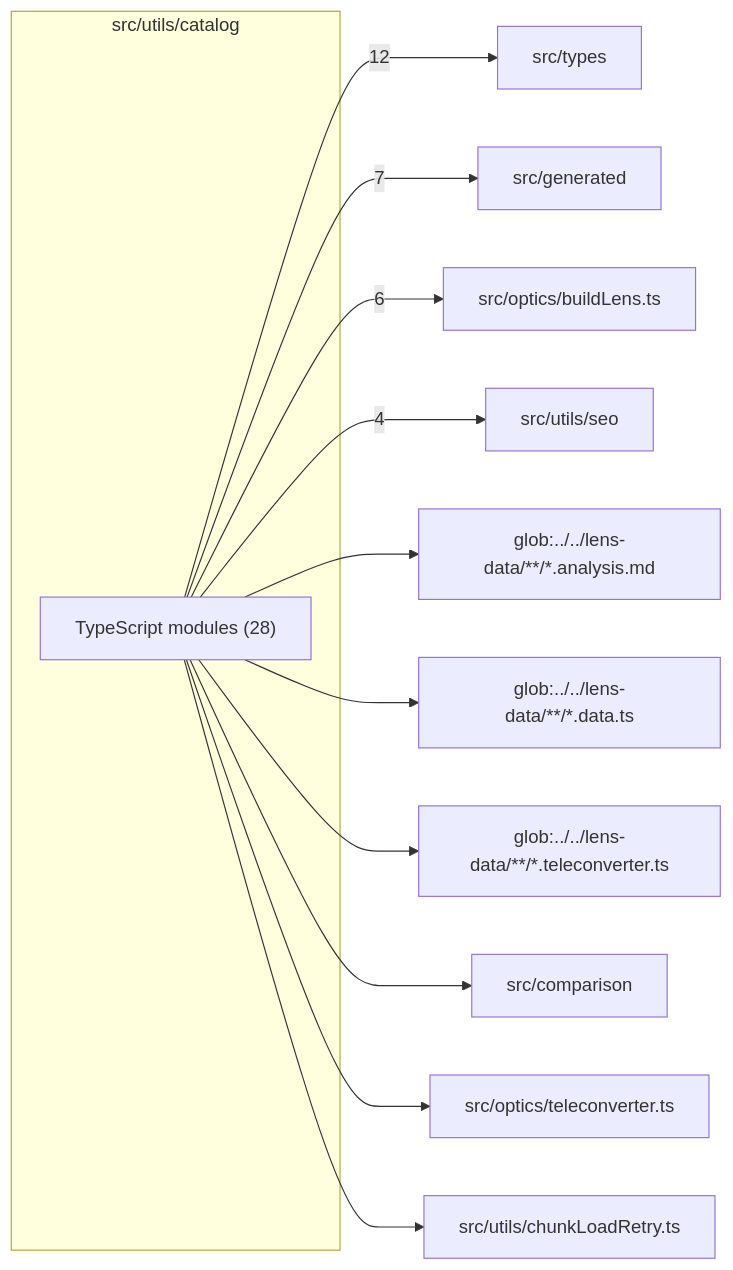
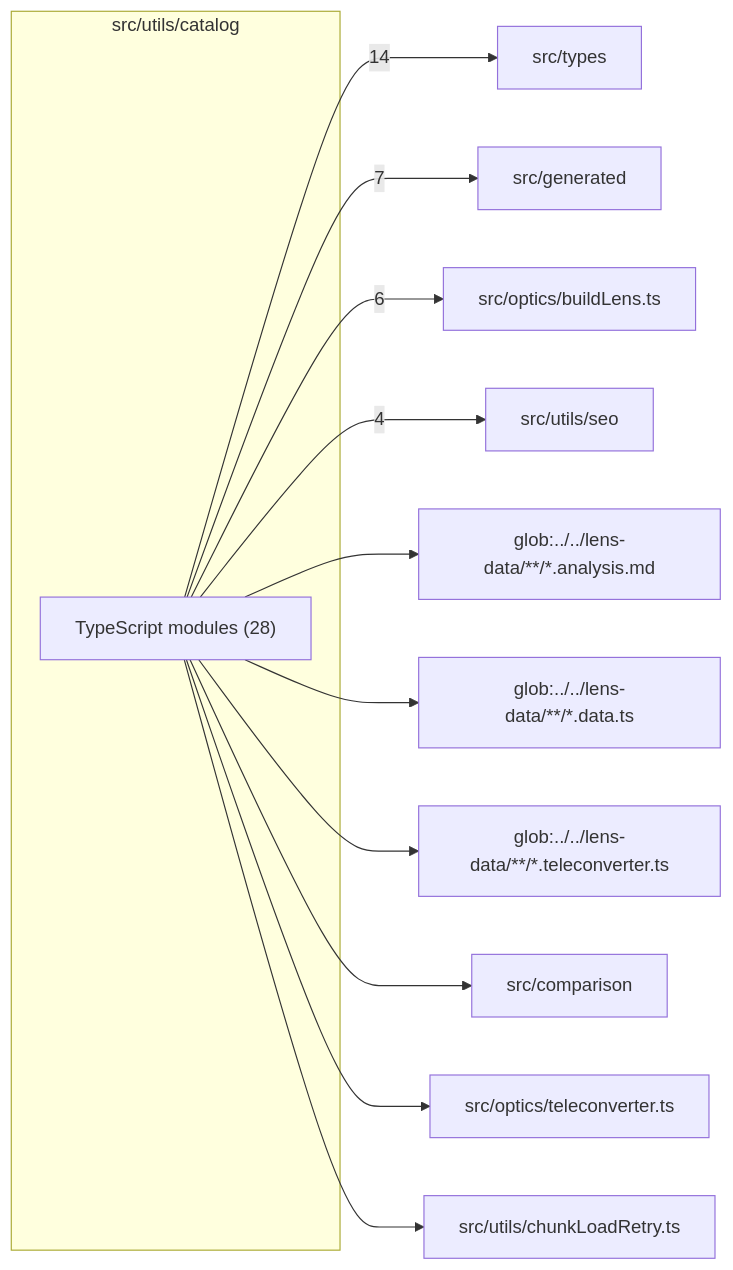
Before and after one commit to ronbuening/LensVisualizer: the diagram in src/utils/catalog/readme.md, drawn with Mermaid. The commit also changed other lines of this file and 2043 other files, not shown here.

````diff
--- a/src/utils/catalog/readme.md
+++ b/src/utils/catalog/readme.md
@@ -9,26 +9,26 @@
 ```mermaid
 flowchart LR
   subgraph n_src_utils_catalog["src/utils/catalog"]
     n_src_utils_catalog_TypeScript_modules["TypeScript modules (28)"]
   end
   n_external_src_types["src/types"]
   n_external_src_generated["src/generated"]
   n_external_src_optics_buildLens_ts["src/optics/buildLens.ts"]
   n_external_src_utils_seo["src/utils/seo"]
   n_external_glob_______lens_data______analysis_md["glob:../../lens-data/**/*.analysis.md"]
   n_external_glob_______lens_data______data_ts["glob:../../lens-data/**/*.data.ts"]
   n_external_glob_______lens_data______teleconverter_ts["glob:../../lens-data/**/*.teleconverter.ts"]
   n_external_src_comparison["src/comparison"]
   n_external_src_optics_teleconverter_ts["src/optics/teleconverter.ts"]
   n_external_src_utils_chunkLoadRetry_ts["src/utils/chunkLoadRetry.ts"]
-  n_src_utils_catalog_TypeScript_modules --> |12| n_external_src_types
+  n_src_utils_catalog_TypeScript_modules --> |14| n_external_src_types
   n_src_utils_catalog_TypeScript_modules --> |7| n_external_src_generated
   n_src_utils_catalog_TypeScript_modules --> |6| n_external_src_optics_buildLens_ts
   n_src_utils_catalog_TypeScript_modules --> |4| n_external_src_utils_seo
   n_src_utils_catalog_TypeScript_modules --> n_external_glob_______lens_data______analysis_md
   n_src_utils_catalog_TypeScript_modules --> n_external_glob_______lens_data______data_ts
   n_src_utils_catalog_TypeScript_modules --> n_external_glob_______lens_data______teleconverter_ts
   n_src_utils_catalog_TypeScript_modules --> n_external_src_comparison
   n_src_utils_catalog_TypeScript_modules --> n_external_src_optics_teleconverter_ts
   n_src_utils_catalog_TypeScript_modules --> n_external_src_utils_chunkLoadRetry_ts
 ```
````
